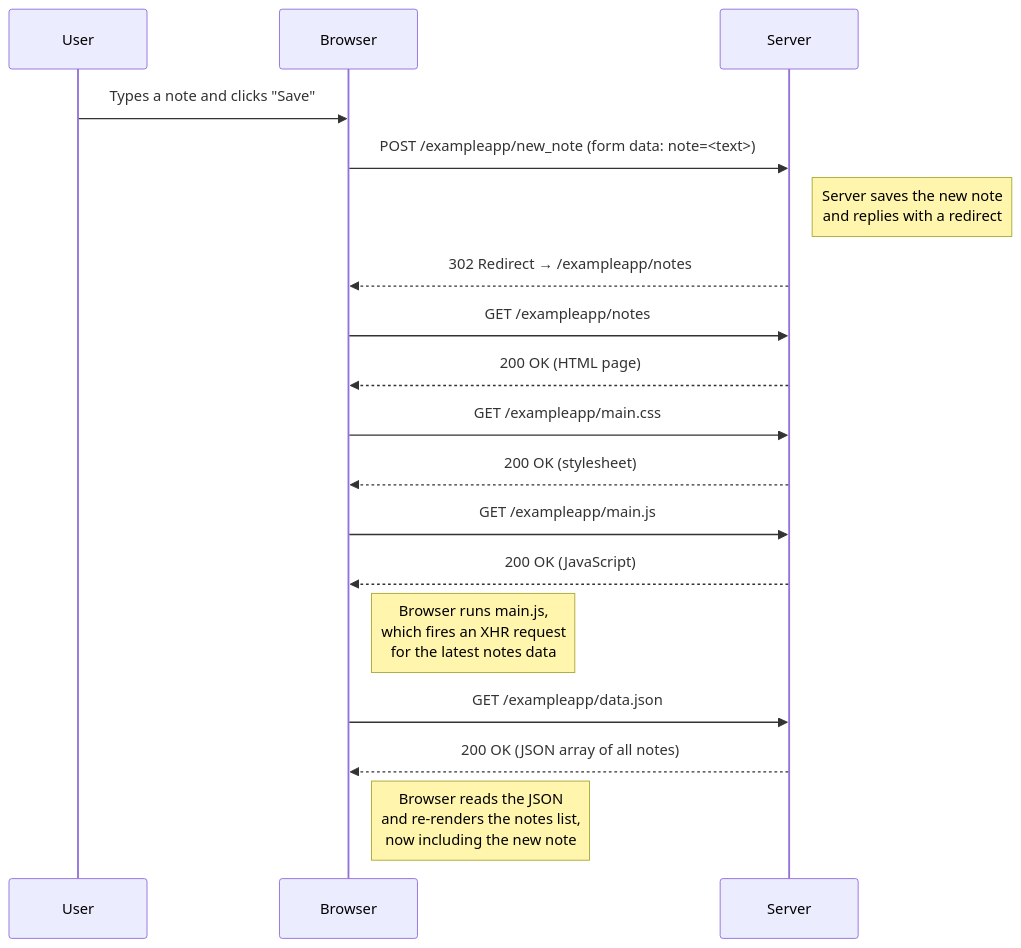
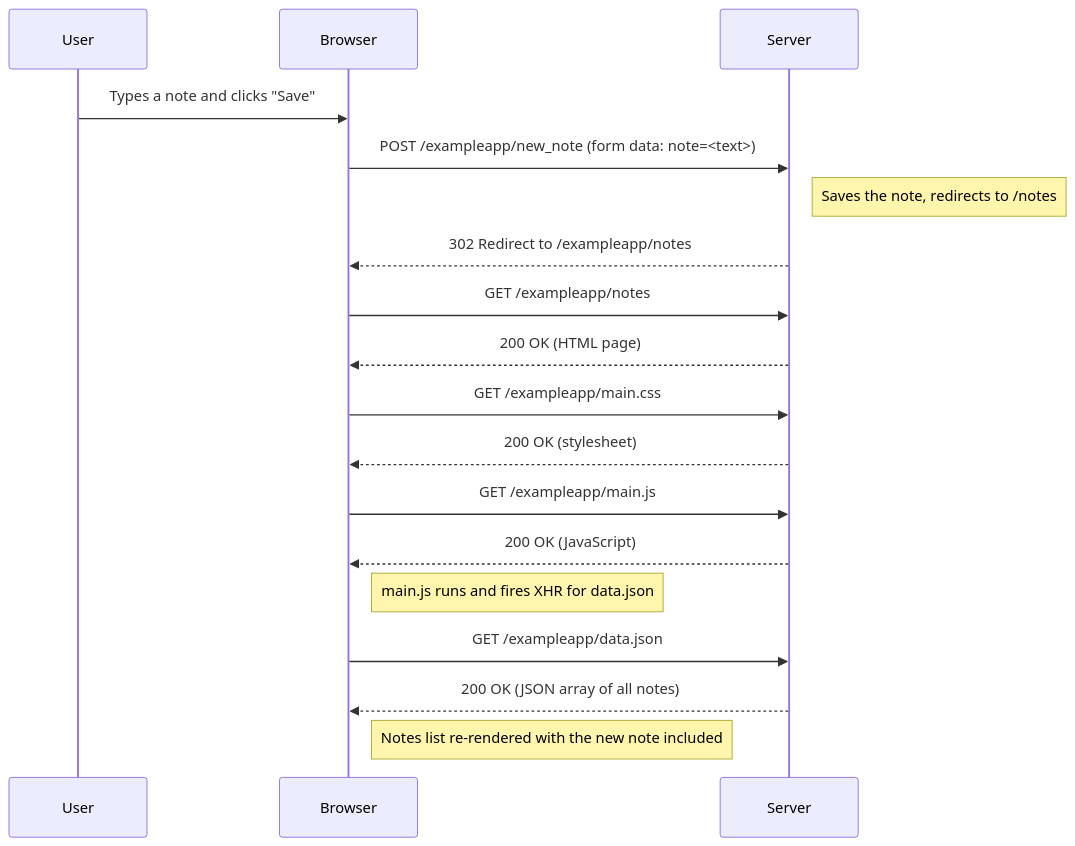
Before and after one commit to HadenHiles/full-stack-open: the diagram in part0/exercise-0.4/new_note_sequence.md, drawn with Mermaid. The commit also changed other lines of this file and 2 other files, not shown here.

Commit message:
clean up notes and descriptions

````diff
--- a/part0/exercise-0.4/new_note_sequence.md
+++ b/part0/exercise-0.4/new_note_sequence.md
@@ -5,26 +5,26 @@
 ```mermaid
 sequenceDiagram
     participant User
     participant Browser
     participant Server
 
     User->>Browser: Types a note and clicks "Save"
     Browser->>Server: POST /exampleapp/new_note (form data: note=<text>)
-    Note right of Server: Server saves the new note<br/>and replies with a redirect
-    Server-->>Browser: 302 Redirect → /exampleapp/notes
+    Note right of Server: Saves the note, redirects to /notes
+    Server-->>Browser: 302 Redirect to /exampleapp/notes
 
     Browser->>Server: GET /exampleapp/notes
     Server-->>Browser: 200 OK (HTML page)
 
     Browser->>Server: GET /exampleapp/main.css
     Server-->>Browser: 200 OK (stylesheet)
 
     Browser->>Server: GET /exampleapp/main.js
     Server-->>Browser: 200 OK (JavaScript)
 
-    Note right of Browser: Browser runs main.js,<br/>which fires an XHR request<br/>for the latest notes data
+    Note right of Browser: main.js runs and fires XHR for data.json
     Browser->>Server: GET /exampleapp/data.json
     Server-->>Browser: 200 OK (JSON array of all notes)
 
-    Note right of Browser: Browser reads the JSON<br/>and re-renders the notes list,<br/>now including the new note
+    Note right of Browser: Notes list re-rendered with the new note included
 ```
````
